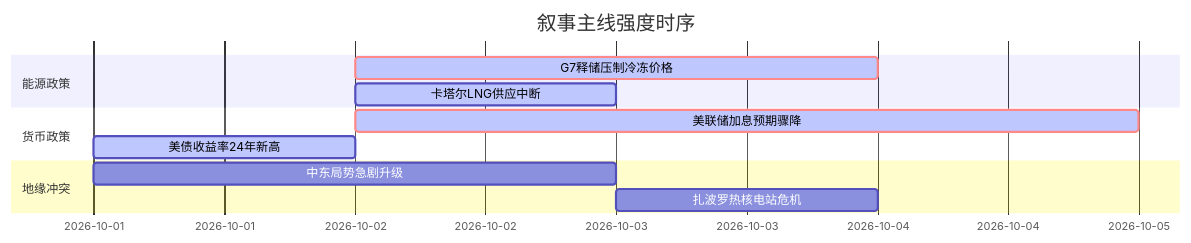
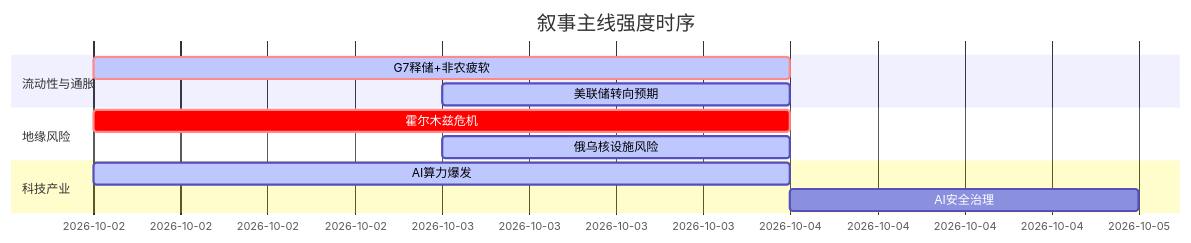
The diagram in 5day_report.md (uu5zn/uu5zn.github.io), drawn with Mermaid before and after one commit. The commit also changed other lines of this file and 24 other files, not shown here.

````diff
--- a/5day_report.md
+++ b/5day_report.md
@@ -61,16 +58,16 @@
 ```mermaid
 gantt
     title 叙事主线强度时序
     dateFormat YYYY-MM-DD
-    section 能源政策
-    G7释储压制冷冻价格   :crit, active, 2026-10-02, 2d
-    卡塔尔LNG供应中断   :active, 2026-10-02, 1d
+    section 流动性与通胀
+    G7释储+非农疲软   :crit, active, 2026-10-02, 2d
+    美联储转向预期     :active, 2026-10-03, 1d
     
-    section 货币政策
-    美联储加息预期骤降   :crit, active, 2026-10-02, 3d
-    美债收益率24年新高   :active, 2026-10-01, 1d
+    section 地缘风险
+    霍尔木兹危机       :crit, 2026-10-02, 2d
+    俄乌核设施风险     :active, 2026-10-03, 1d
     
-    section 地缘冲突
-    中东局势急剧升级   :2026-10-01, 2d
-    扎波罗热核电站危机   :2026-10-03, 1d
+    section 科技产业
+    AI算力爆发         :active, 2026-10-02, 2d
+    AI安全治理         :2026-10-04, 1d
 ```
````
